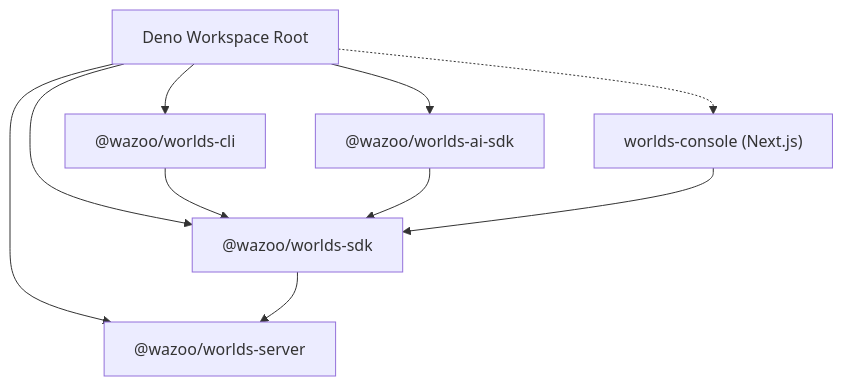
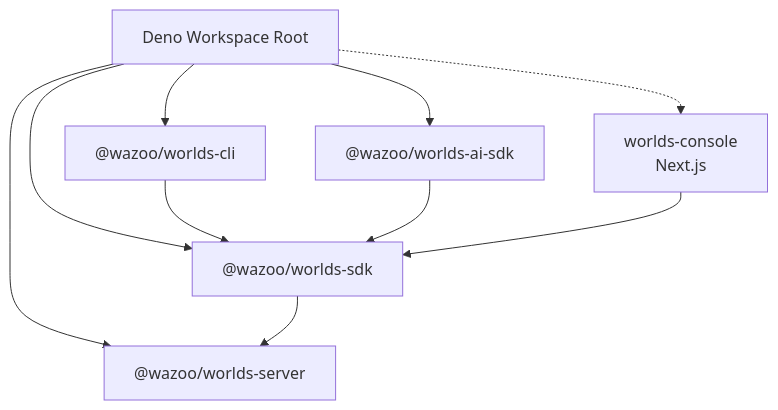
One commit to wazootech/worlds changed the fourth of 4 diagrams in packages/docs/overview/architecture.mdx. Above: the diagram before and after it, drawn with Mermaid. The commit also changed other lines of this file and 35 other files, not shown here.

````diff
--- a/packages/docs/overview/architecture.mdx
+++ b/packages/docs/overview/architecture.mdx
@@ -168,20 +168,20 @@
 ```mermaid
 graph TD
     ROOT["Deno Workspace Root"]
     SERVER["@wazoo/worlds-server"]
     SDK["@wazoo/worlds-sdk"]
     AISDK["@wazoo/worlds-ai-sdk"]
     CLI["@wazoo/worlds-cli"]
-    CONSOLE["worlds-console (Next.js)"]
+    CONSOLE["worlds-console<br/>Next.js"]
 
     ROOT --> SERVER
     ROOT --> SDK
     ROOT --> AISDK
     ROOT --> CLI
     ROOT -.-> CONSOLE
 
     CLI --> SDK
     AISDK --> SDK
     CONSOLE --> SDK
     SDK --> SERVER
 ```
````
